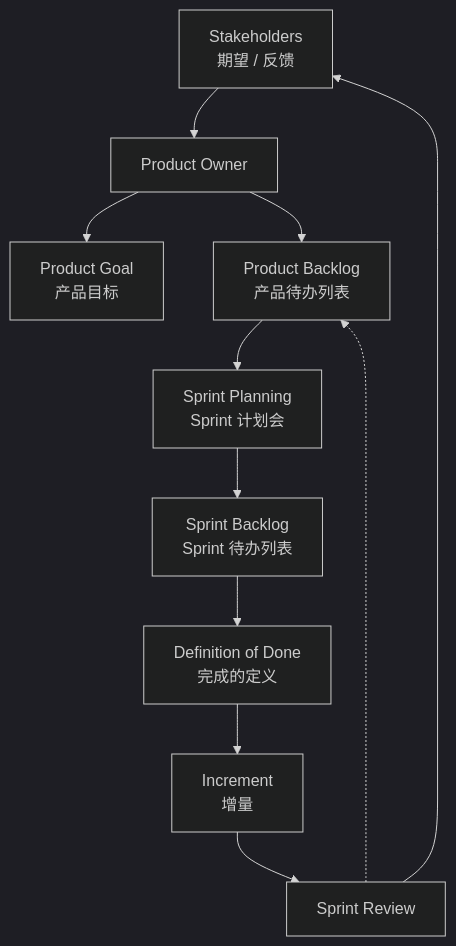
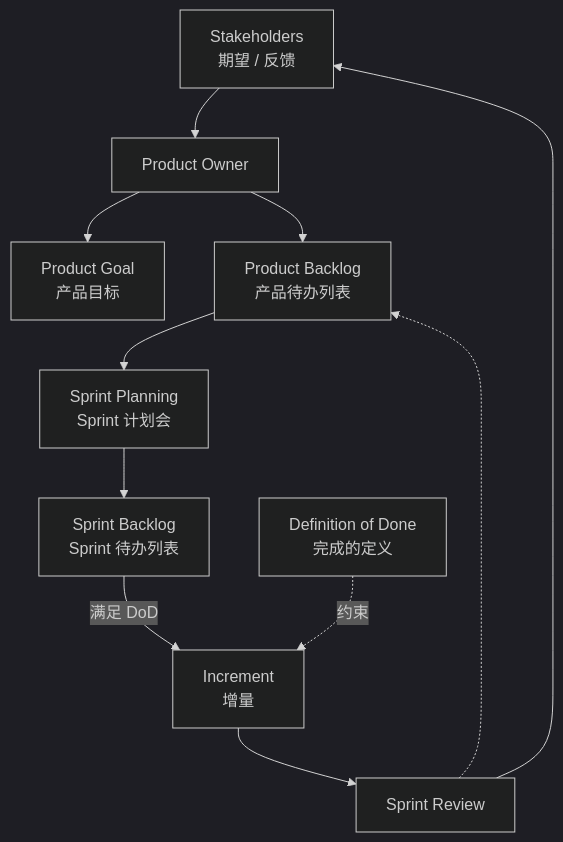
Before and after one commit to o92/blog: the second of 2 diagrams in content/scrum/03-flow.md, drawn with Mermaid (dark theme). The commit also changed 4 other files, not shown here.

First line of the commit message:
Update Hugo build command and enhance flowchart representation in Scrum documentation

````diff
--- a/content/scrum/03-flow.md
+++ b/content/scrum/03-flow.md
@@ -35,23 +35,23 @@
 ```mermaid
 flowchart TD
   SH["Stakeholders<br/>期望 / 反馈"]
   PO["Product Owner"]
   PG["Product Goal<br/>产品目标"]
   PB["Product Backlog<br/>产品待办列表"]
   SP["Sprint Planning<br/>Sprint 计划会"]
   SB["Sprint Backlog<br/>Sprint 待办列表"]
   DoD["Definition of Done<br/>完成的定义"]
   INC["Increment<br/>增量"]
   SR["Sprint Review"]
 
   SH --> PO
   PO --> PG
   PO --> PB
   PB --> SP
   SP --> SB
-  SB --> DoD
-  DoD --> INC
+  SB -->|"满足 DoD"| INC
+  DoD -.->|约束| INC
   INC --> SR
   SR --> SH
   SR -.-> PB
 ```
````
